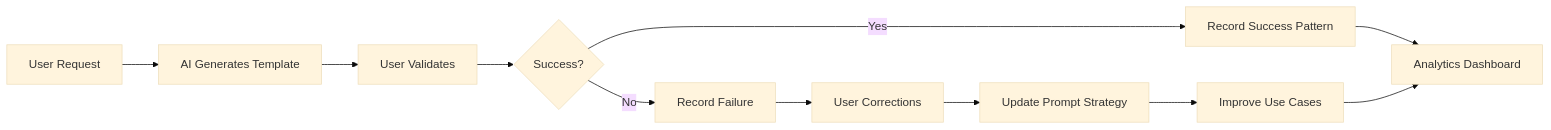
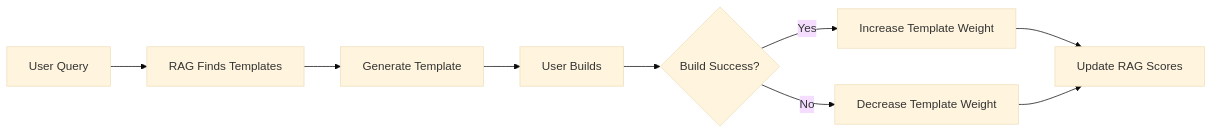
Before and after one commit to open-edge-platform/os-image-composer: the fourth of 4 diagrams in docs/architecture/os-image-composer-ai-template-generation.md, drawn with Mermaid (base theme). The commit also changed other lines of this file, not shown here.

Commit message:
Changed design to RAG-based template generation

````diff
--- a/docs/architecture/os-image-composer-ai-template-generation.md
+++ b/docs/architecture/os-image-composer-ai-template-generation.md
@@ -736,13 +769,11 @@
 ```mermaid
 graph LR
-    A[User Request] --> B[AI Generates Template]
-    B --> C[User Validates]
-    C --> D{Success?}
-    D -->|Yes| E[Record Success Pattern]
-    D -->|No| F[Record Failure]
-    F --> G[User Corrections]
-    G --> H[Update Prompt Strategy]
-    H --> I[Improve Use Cases]
-    E --> J[Analytics Dashboard]
-    I --> J
+    A[User Query] --> B[RAG Finds Templates]
+    B --> C[Generate Template]
+    C --> D[User Builds]
+    D --> E{Build Success?}
+    E -->|Yes| F[Increase Template Weight]
+    E -->|No| G[Decrease Template Weight]
+    F --> H[Update RAG Scores]
+    G --> H
 ```
````
